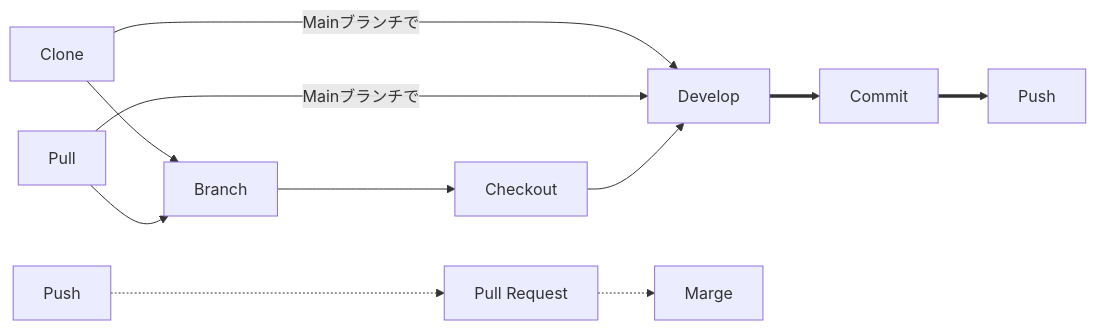
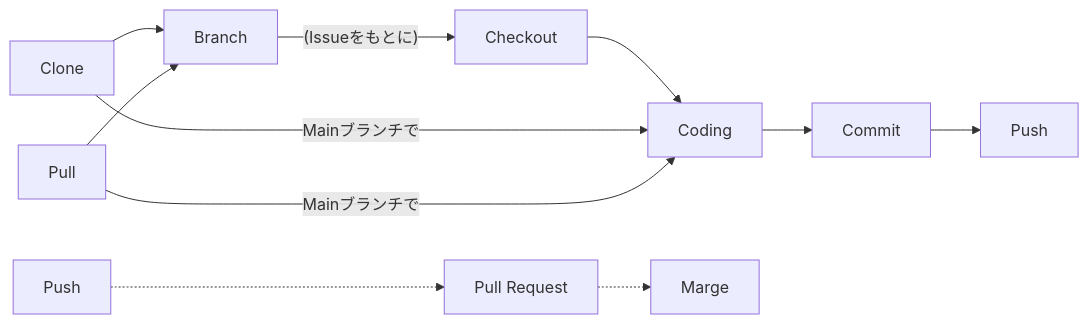
Before and after one commit to Curiae-Publish/github_documents: the diagram in GitHub_guilde.md, drawn with Mermaid. The commit also changed other lines of this file and 1 other file, not shown here.

````diff
--- a/GitHub_guilde.md
+++ b/GitHub_guilde.md
@@ -108,18 +148,18 @@
 ```mermaid
 flowchart LR
 
 clone[Clone]
 branch[Branch]
 checkout[Checkout]
-develop[Develop]
+coding[Coding]
 push[Push]
 pull[Pull]
 marge[Marge]
 pr[Pull Request]
 commit[Commit]
 push'[Push]
 
-clone & pull -->|Mainブランチで| develop
-clone & pull --> branch --> checkout --> develop ==> commit ==> push
+clone & pull --> branch -->|"(Issueをもとに)"| checkout --> coding --> commit --> push
+clone & pull -->|Mainブランチで| coding
 push' -..-> pr -.-> marge
 ```
````
